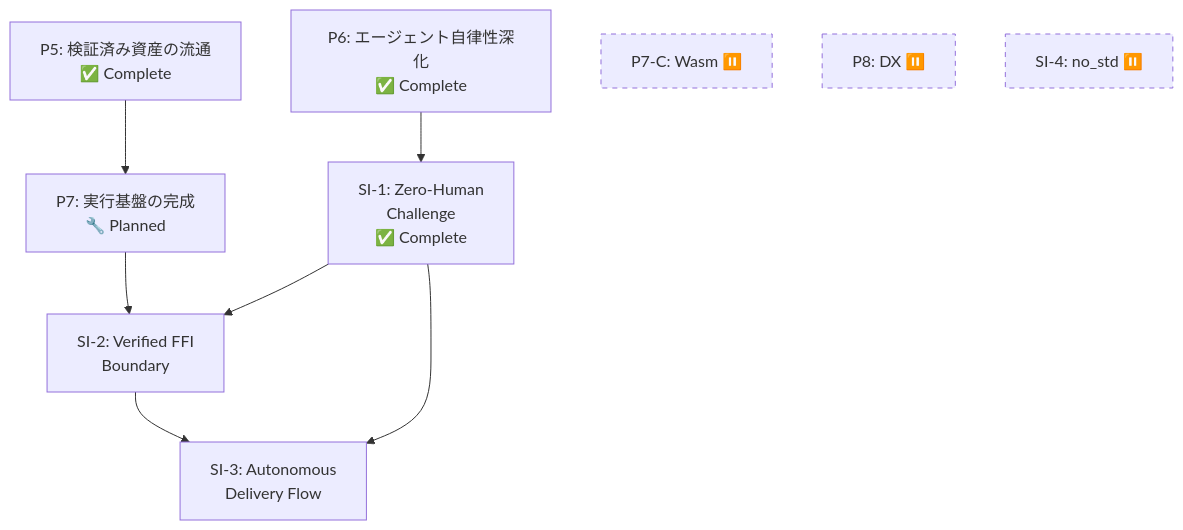
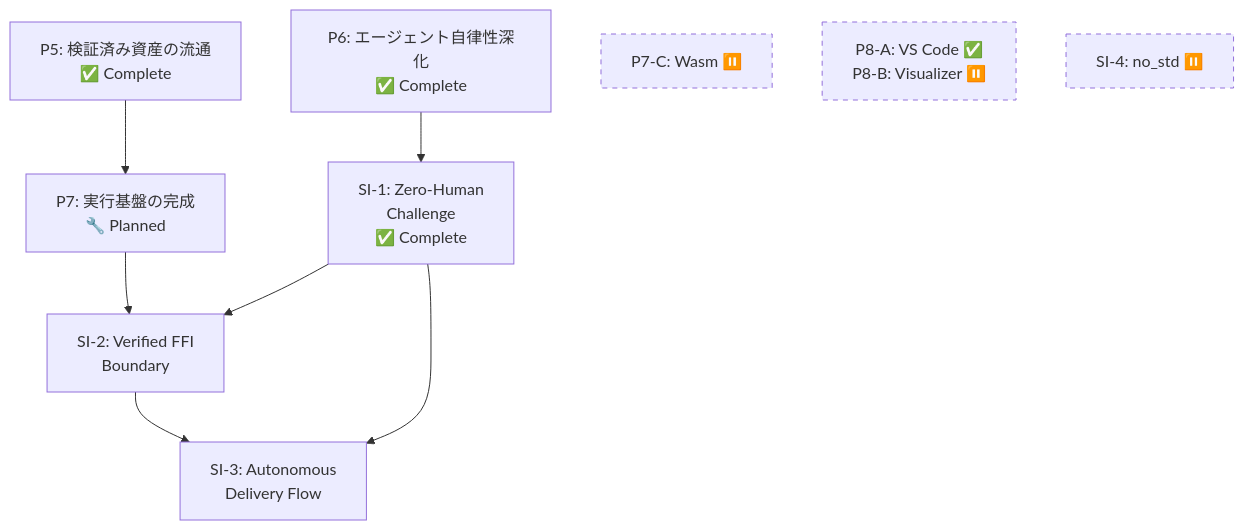
The second of 2 diagrams in docs/CROSS_PROJECT_ROADMAP.md (mumei-lang/mumei), drawn with Mermaid before and after one commit. The commit also changed other lines of this file and 6 other files, not shown here.

````diff
--- a/docs/CROSS_PROJECT_ROADMAP.md
+++ b/docs/CROSS_PROJECT_ROADMAP.md
@@ -470,15 +474,15 @@
 ```mermaid
 graph TD
     P5["P5: 検証済み資産の流通\n✅ Complete"] --> P7["P7: 実行基盤の完成\n🔧 Planned"]
     P6["P6: エージェント自律性深化\n✅ Complete"] --> SI1["SI-1: Zero-Human\nChallenge\n✅ Complete"]
     SI1 --> SI2["SI-2: Verified FFI\nBoundary"]
     P7 --> SI2
     SI2 --> SI3["SI-3: Autonomous\nDelivery Flow"]
     SI1 --> SI3
     P7C["P7-C: Wasm ⏸️"]
-    P8["P8: DX ⏸️"]
+    P8["P8-A: VS Code ✅\nP8-B: Visualizer ⏸️"]
     SI4["SI-4: no_std ⏸️"]
     style P7C stroke-dasharray: 5 5
     style P8 stroke-dasharray: 5 5
     style SI4 stroke-dasharray: 5 5
 ```
````
